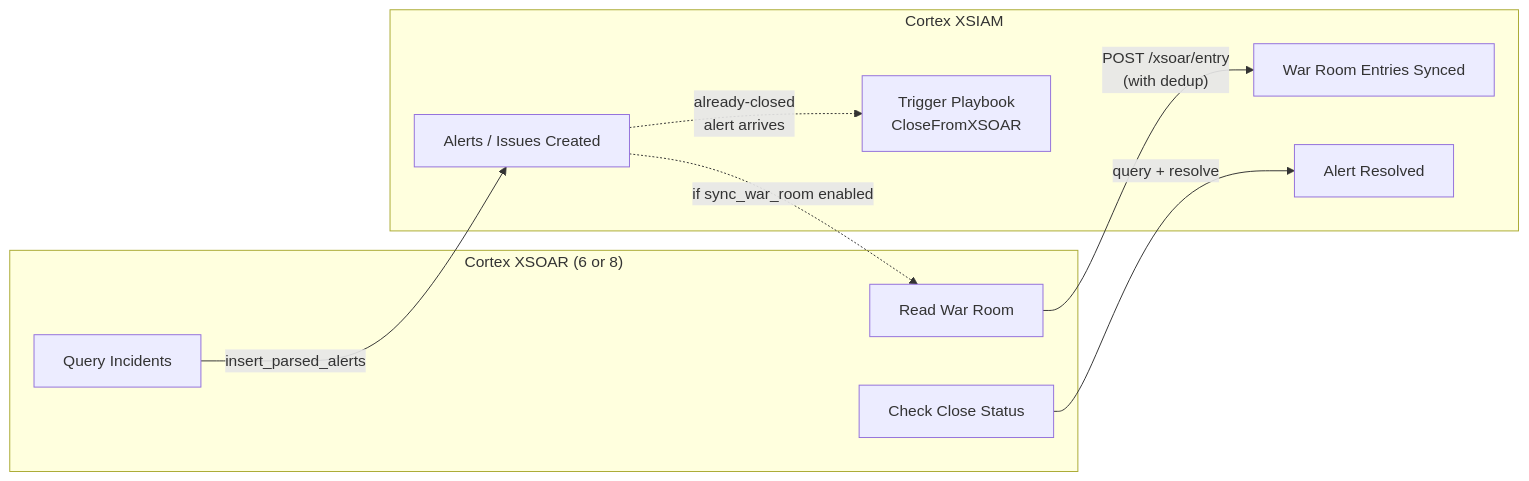
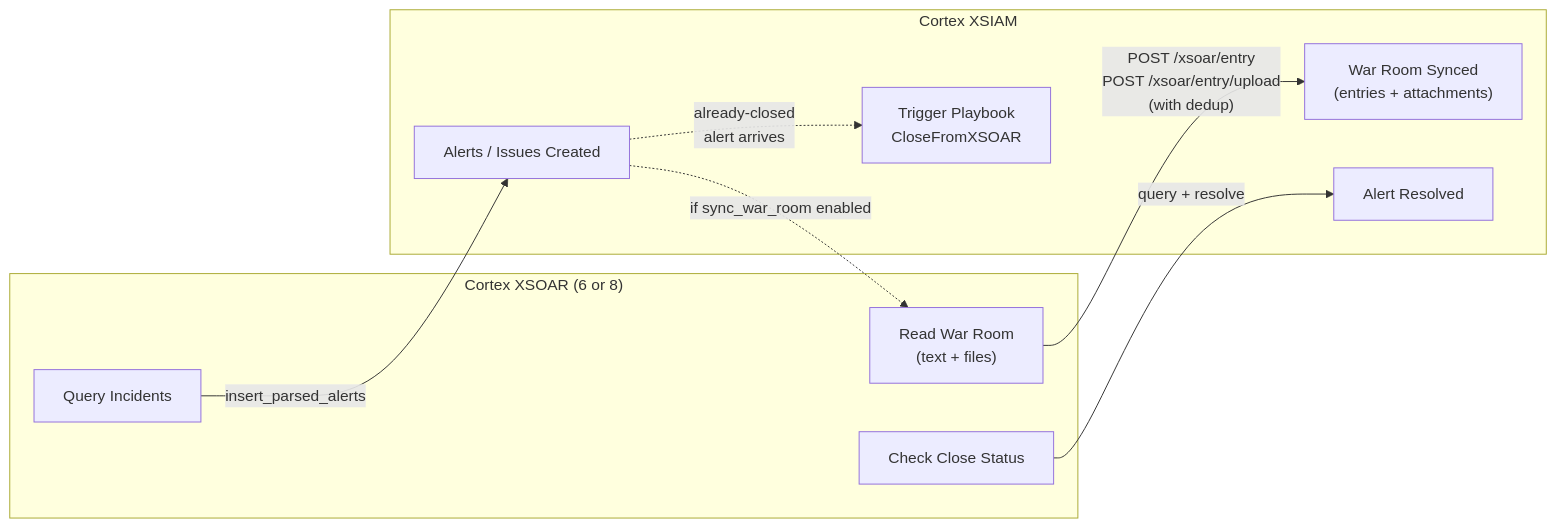
Before and after one commit to jhueby/Xporter: the diagram in README.md, drawn with Mermaid. The commit also changed other lines of this file and 1 other file, not shown here.

First line of the commit message:
Update flowchart and README with file attachment sync and current state

````diff
--- a/README.md
+++ b/README.md
@@ -7,21 +7,21 @@
 ```mermaid
 flowchart LR
     subgraph XSOAR["Cortex XSOAR (6 or 8)"]
         A["Query Incidents"]
-        W["Read War Room"]
+        W["Read War Room\n(text + files)"]
         C["Check Close Status"]
     end
 
     subgraph XSIAM["Cortex XSIAM"]
         B["Alerts / Issues Created"]
-        WR["War Room Entries Synced"]
+        WR["War Room Synced\n(entries + attachments)"]
         R["Alert Resolved"]
         T["Trigger Playbook\nCloseFromXSOAR"]
     end
 
     A -- "insert_parsed_alerts" --> B
     B -. "if sync_war_room enabled" .-> W
-    W -- "POST /xsoar/entry\n(with dedup)" --> WR
+    W -- "POST /xsoar/entry\nPOST /xsoar/entry/upload\n(with dedup)" --> WR
     C -- "query + resolve" --> R
     B -. "already-closed\nalert arrives" .-> T
 ```
````
